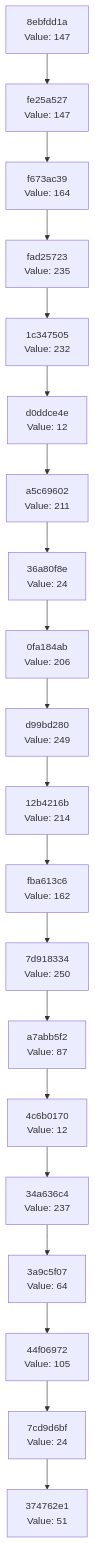
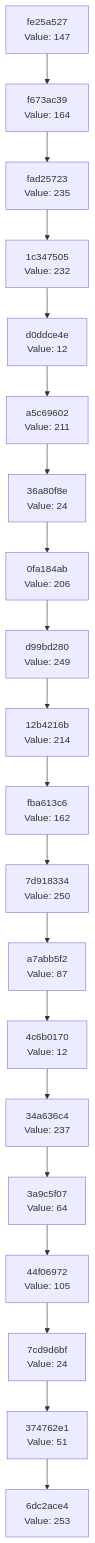
One commit to Abhisheksinha1506/hash-chain-evolver changed the diagram in docs/CHAIN_VISUALIZATION.md. Above: the diagram before and after it, drawn with Mermaid. The commit also changed 1 other file, not shown here.

Commit message:
Evolution step: hash 0xFD → action executed

````diff
--- a/docs/CHAIN_VISUALIZATION.md
+++ b/docs/CHAIN_VISUALIZATION.md
@@ -3,42 +3,42 @@
 ```mermaid
 graph TD
-    C0["374762e1<br/>Value: 51"]
-    C1["7cd9d6bf<br/>Value: 24"]
+    C0["6dc2ace4<br/>Value: 253"]
+    C1["374762e1<br/>Value: 51"]
     C1 --> C0
-    C2["44f06972<br/>Value: 105"]
+    C2["7cd9d6bf<br/>Value: 24"]
     C2 --> C1
-    C3["3a9c5f07<br/>Value: 64"]
+    C3["44f06972<br/>Value: 105"]
     C3 --> C2
-    C4["34a636c4<br/>Value: 237"]
+    C4["3a9c5f07<br/>Value: 64"]
     C4 --> C3
-    C5["4c6b0170<br/>Value: 12"]
+    C5["34a636c4<br/>Value: 237"]
     C5 --> C4
-    C6["a7abb5f2<br/>Value: 87"]
+    C6["4c6b0170<br/>Value: 12"]
     C6 --> C5
-    C7["7d918334<br/>Value: 250"]
+    C7["a7abb5f2<br/>Value: 87"]
     C7 --> C6
-    C8["fba613c6<br/>Value: 162"]
+    C8["7d918334<br/>Value: 250"]
     C8 --> C7
-    C9["12b4216b<br/>Value: 214"]
+    C9["fba613c6<br/>Value: 162"]
     C9 --> C8
-    C10["d99bd280<br/>Value: 249"]
+    C10["12b4216b<br/>Value: 214"]
     C10 --> C9
-    C11["0fa184ab<br/>Value: 206"]
+    C11["d99bd280<br/>Value: 249"]
     C11 --> C10
-    C12["36a80f8e<br/>Value: 24"]
+    C12["0fa184ab<br/>Value: 206"]
     C12 --> C11
-    C13["a5c69602<br/>Value: 211"]
+    C13["36a80f8e<br/>Value: 24"]
     C13 --> C12
-    C14["d0ddce4e<br/>Value: 12"]
+    C14["a5c69602<br/>Value: 211"]
     C14 --> C13
-    C15["1c347505<br/>Value: 232"]
+    C15["d0ddce4e<br/>Value: 12"]
     C15 --> C14
-    C16["fad25723<br/>Value: 235"]
+    C16["1c347505<br/>Value: 232"]
     C16 --> C15
-    C17["f673ac39<br/>Value: 164"]
+    C17["fad25723<br/>Value: 235"]
     C17 --> C16
-    C18["fe25a527<br/>Value: 147"]
+    C18["f673ac39<br/>Value: 164"]
     C18 --> C17
-    C19["8ebfdd1a<br/>Value: 147"]
+    C19["fe25a527<br/>Value: 147"]
     C19 --> C18
 ```
````
